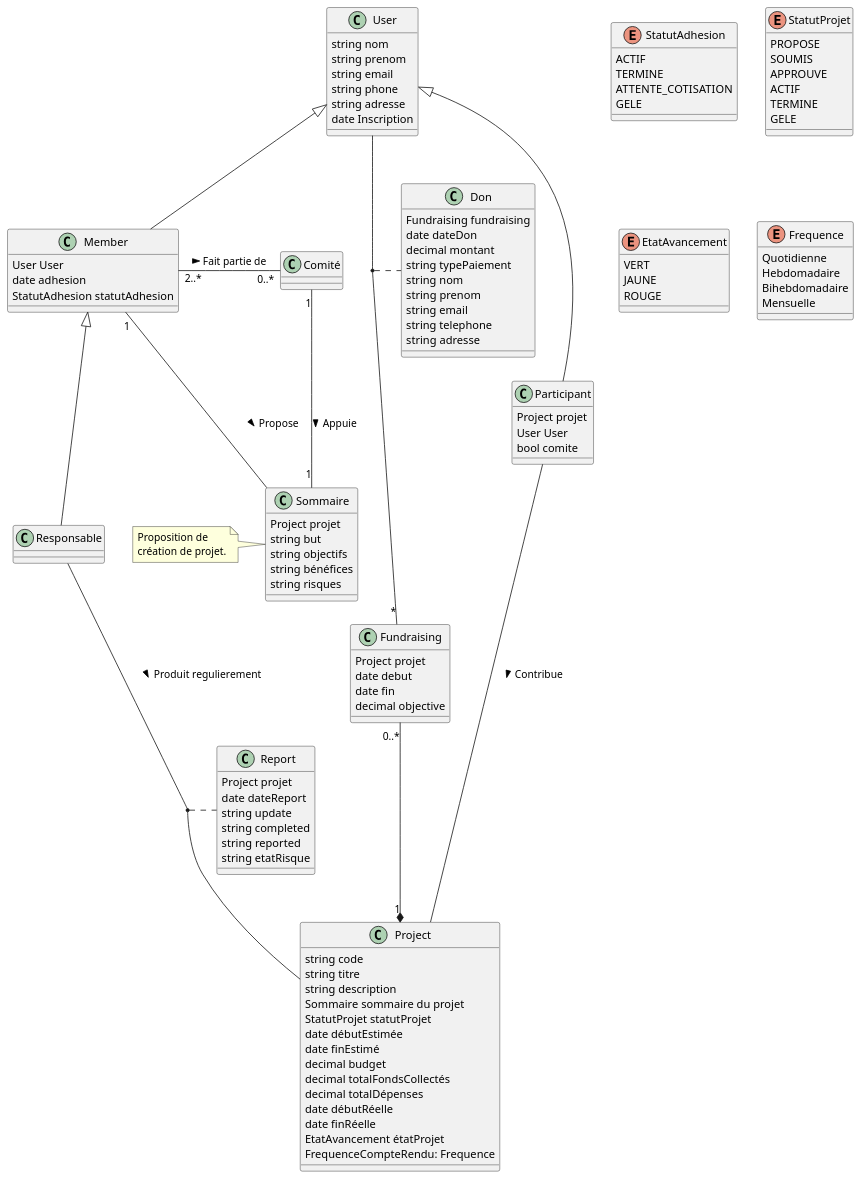
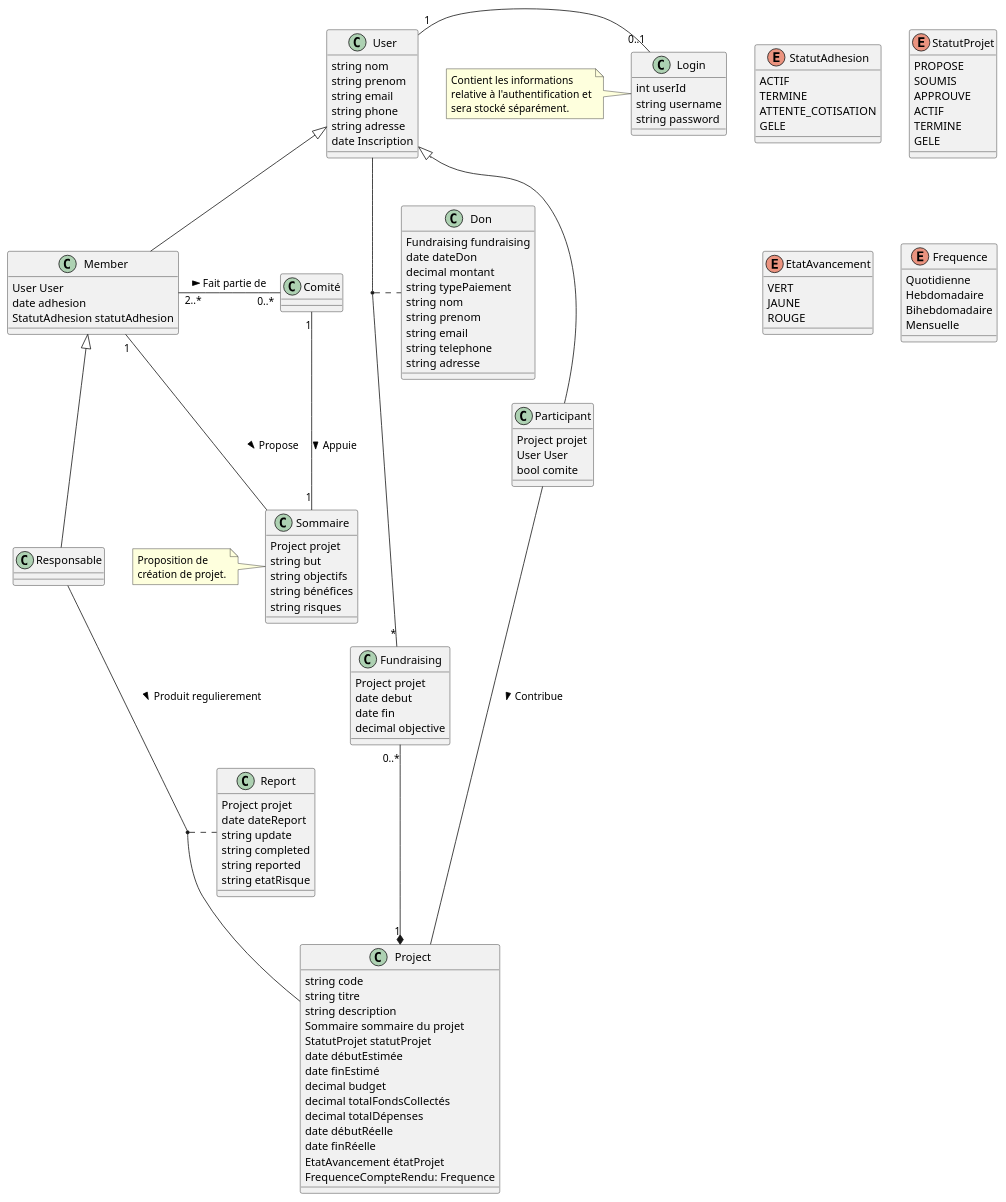
The diagram in class-diagram.plantuml (feanPelix/projetgo), drawn with PlantUML before and after one commit.

Commit message:
Ajout classe Login

```diff
--- a/class-diagram.plantuml
+++ b/class-diagram.plantuml
@@ -1,132 +1,144 @@
 @startuml ProjetGo
 
 enum StatutAdhesion {
   ACTIF
   TERMINE
   ATTENTE_COTISATION
   GELE
 }
 
 enum StatutProjet {
   PROPOSE
   SOUMIS
   APPROUVE
   ACTIF
   TERMINE
   GELE
 }
 
 enum EtatAvancement {
   VERT
   JAUNE
   ROUGE
 }
 
 enum Frequence{
     Quotidienne
     Hebdomadaire
     Bihebdomadaire
     Mensuelle
 }
 
 class User {
   string nom
   string prenom
   string email
   string phone
   string adresse
   date Inscription
 }
 
 class Member {
   User User
   date adhesion
   StatutAdhesion statutAdhesion
 }
 
 class Participant {
   Project projet
   User User
   bool comite
 }
 
 class Responsable {}
 
 class Comité{
 }
 
 class Project {
   string code
   string titre
   string description
   Sommaire sommaire du projet
   StatutProjet statutProjet 
   date débutEstimée
   date finEstimé
   decimal budget
   decimal totalFondsCollectés
   decimal totalDépenses
   date débutRéelle
   date finRéelle 
   EtatAvancement étatProjet
   FrequenceCompteRendu: Frequence
 }
 
 class Sommaire {
  Project projet
  string but
  string objectifs
  string bénéfices
  string risques
 }
 
 class Report {
   Project projet
   date dateReport
   string update
   string completed
   string reported
   string etatRisque
 }
 
 class Fundraising {
   Project projet
   date debut
   date fin
   decimal objective
 }
 
 class Don {
   Fundraising fundraising
   date dateDon
   decimal montant
   string typePaiement
   string nom
   string prenom
   string email
   string telephone
   string adresse
 }
 
 Member -up-|> User
 Responsable -up-|> Member
 Participant -up-|> User
 
 Member "2..*" -right- "0..*" Comité: Fait partie de >
 Member "1" -- Sommaire:Propose >
 Comité "1" -- "1" Sommaire: Appuie >
 note left of Sommaire
  Proposition de
  création de projet.
 end note
 
 Fundraising "0..*" --* "1" Project
 User -- "*" Fundraising
 (User, Fundraising) . Don
 
 Responsable -- Project:Produit regulierement >
 (Responsable, Project) . Report
 
 Participant -- Project: Contribue >
 
+/'Est-ce que les classes d'authentification ont leur place dans ce diagramme? '/
+class Login {
+    int userId
+    string username
+    string password
+}
+note left of Login
+    Contient les informations
+    relative à l'authentification et
+    sera stocké séparément.
+end note
+User "1" - "0..1"Login
 @enduml
```
